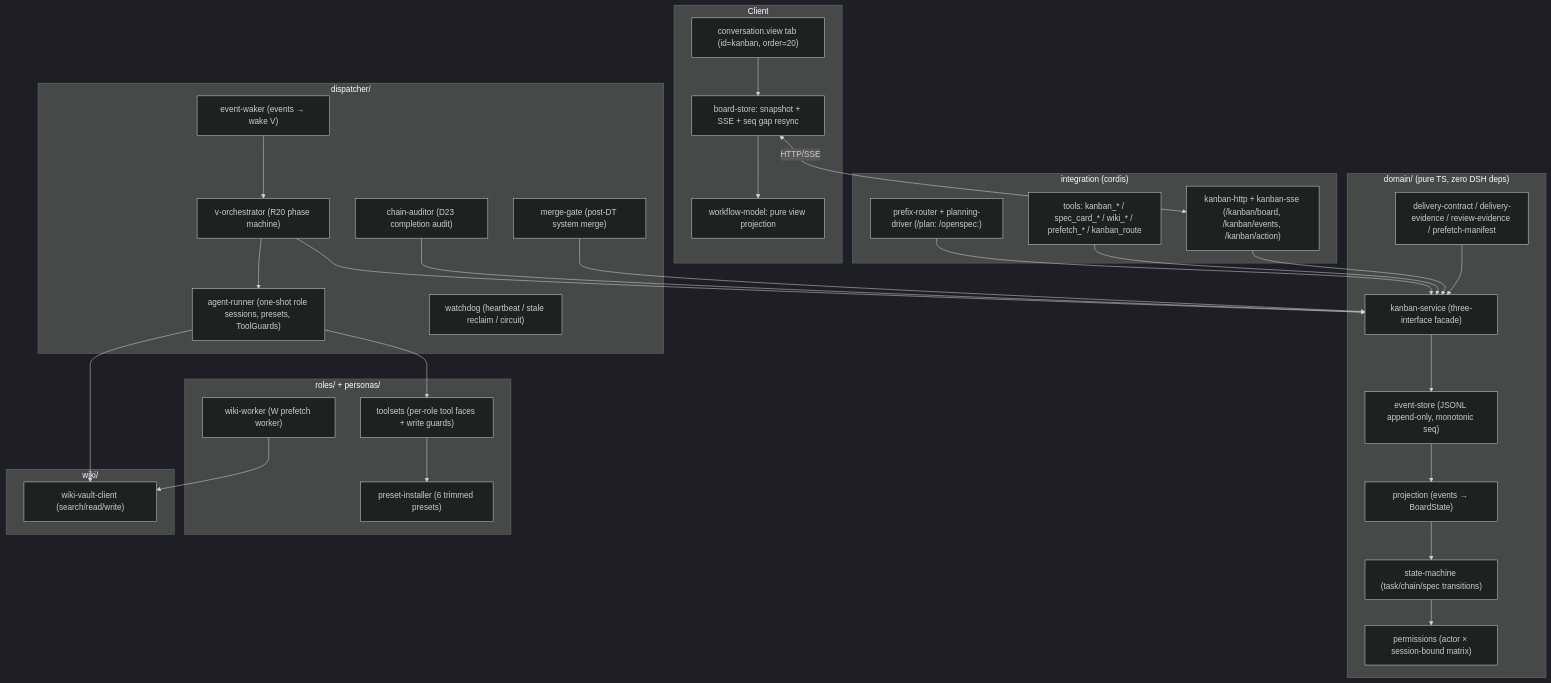
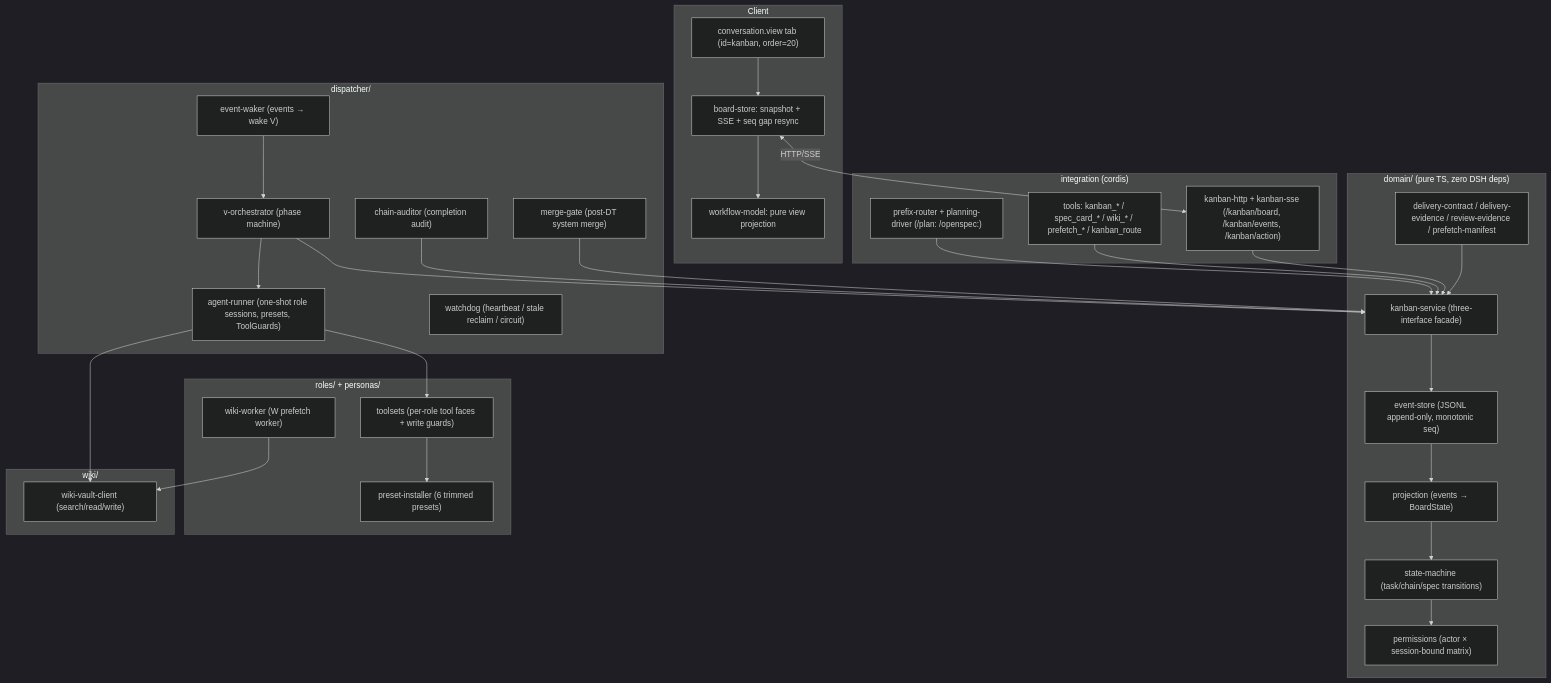
Before and after one commit to joekytc/dsh-swarm: the diagram in README.zh-CN.md, drawn with Mermaid (dark theme). The commit also changed other lines of this file and 5 other files, not shown here.

````diff
--- a/README.zh-CN.md
+++ b/README.zh-CN.md
@@ -318,58 +319,58 @@
 ```mermaid
 flowchart TB
     subgraph Client
         Tab["conversation.view tab (id=kanban, order=20)"]
         Store["board-store: snapshot + SSE + seq gap resync"]
         Model["workflow-model: pure view projection"]
     end
 
     subgraph Domain ["domain/ (pure TS, zero DSH deps)"]
         ES["event-store (JSONL append-only, monotonic seq)"]
         SM["state-machine (task/chain/spec transitions)"]
         PJ["projection (events → BoardState)"]
         PM["permissions (actor × session-bound matrix)"]
         KS["kanban-service (three-interface facade)"]
         EC["delivery-contract / delivery-evidence / review-evidence / prefetch-manifest"]
     end
 
     subgraph Integration ["integration (cordis)"]
         TOOLS["tools: kanban_* / spec_card_* / wiki_* / prefetch_* / kanban_route"]
         ROUTES["prefix-router + planning-driver (/plan: /openspec:)"]
         HTTP["kanban-http + kanban-sse (/kanban/board, /kanban/events, /kanban/action)"]
     end
 
     subgraph Dispatcher ["dispatcher/"]
         WAKER["event-waker (events → wake V)"]
-        VORCH["v-orchestrator (R20 phase machine)"]
+        VORCH["v-orchestrator (phase machine)"]
         RUNNER["agent-runner (one-shot role sessions, presets, ToolGuards)"]
         WD["watchdog (heartbeat / stale reclaim / circuit)"]
-        AUDIT["chain-auditor (D23 completion audit)"]
+        AUDIT["chain-auditor (completion audit)"]
         MG["merge-gate (post-DT system merge)"]
     end
 
     subgraph Roles ["roles/ + personas/"]
         PRESETS["preset-installer (6 trimmed presets)"]
         TOOLSETS["toolsets (per-role tool faces + write guards)"]
         WK["wiki-worker (W prefetch worker)"]
     end
 
     subgraph Wiki ["wiki/"]
         WVC["wiki-vault-client (search/read/write)"]
     end
 
     Store <-->|HTTP/SSE| HTTP
     Tab --> Store --> Model
     ROUTES --> KS
     TOOLS --> KS
     HTTP --> KS
     WAKER --> VORCH
     VORCH --> KS
     VORCH --> RUNNER
     RUNNER --> TOOLSETS --> PRESETS
     RUNNER --> WVC
     WK --> WVC
     AUDIT --> KS
     MG --> KS
     KS --> ES --> PJ --> SM --> PM
     EC --> KS
 ```
````
